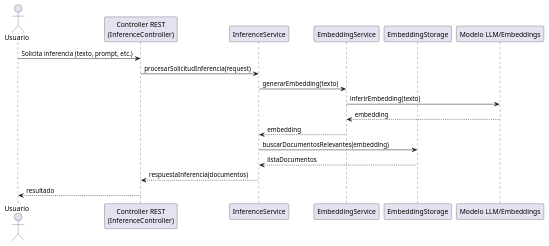
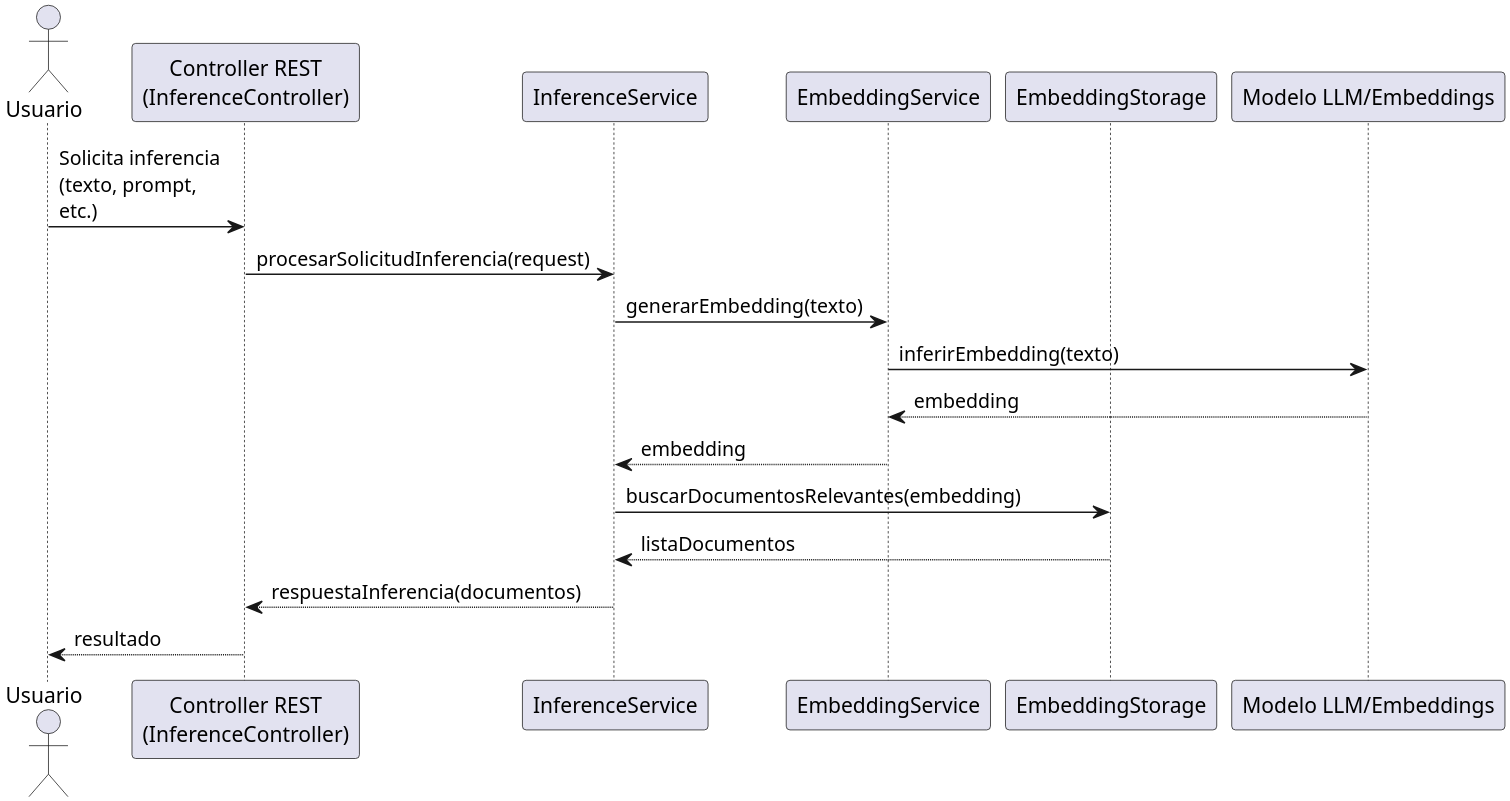
Before and after one commit to accentureshark/EvolvAI: the diagram in rag/src/main/java/org/shark/evolvai/inference/inference.secuencia.puml, drawn with PlantUML.

Commit message:
docs(inference): add configurations for inference.secuencia.puml

```diff
--- a/rag/src/main/java/org/shark/evolvai/inference/inference.secuencia.puml
+++ b/rag/src/main/java/org/shark/evolvai/inference/inference.secuencia.puml
@@ -1,19 +1,22 @@
 @startuml
+skinparam dpi 300
+skinparam maxMessageSize 120
+
 actor Usuario
 participant "Controller REST\n(InferenceController)" as Controller
 participant "InferenceService"
 participant "EmbeddingService"
 participant "EmbeddingStorage"
 participant "Modelo LLM/Embeddings"
 
 Usuario -> Controller : Solicita inferencia (texto, prompt, etc.)
 Controller -> InferenceService : procesarSolicitudInferencia(request)
 InferenceService -> EmbeddingService : generarEmbedding(texto)
 EmbeddingService -> "Modelo LLM/Embeddings" : inferirEmbedding(texto)
 "Modelo LLM/Embeddings" --> EmbeddingService : embedding
 EmbeddingService --> InferenceService : embedding
 InferenceService -> EmbeddingStorage : buscarDocumentosRelevantes(embedding)
 EmbeddingStorage --> InferenceService : listaDocumentos
 InferenceService --> Controller : respuestaInferencia(documentos)
 Controller --> Usuario : resultado
 @enduml
```
